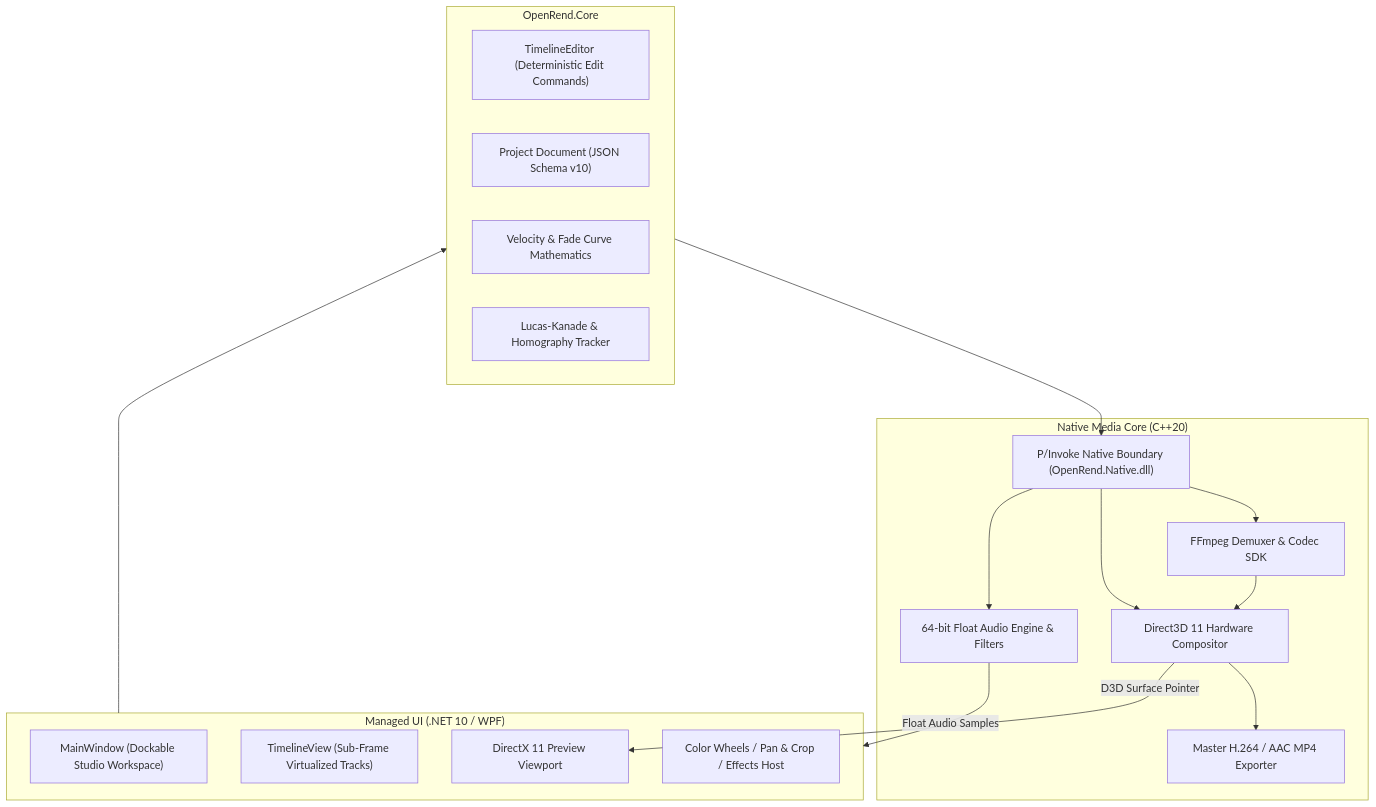
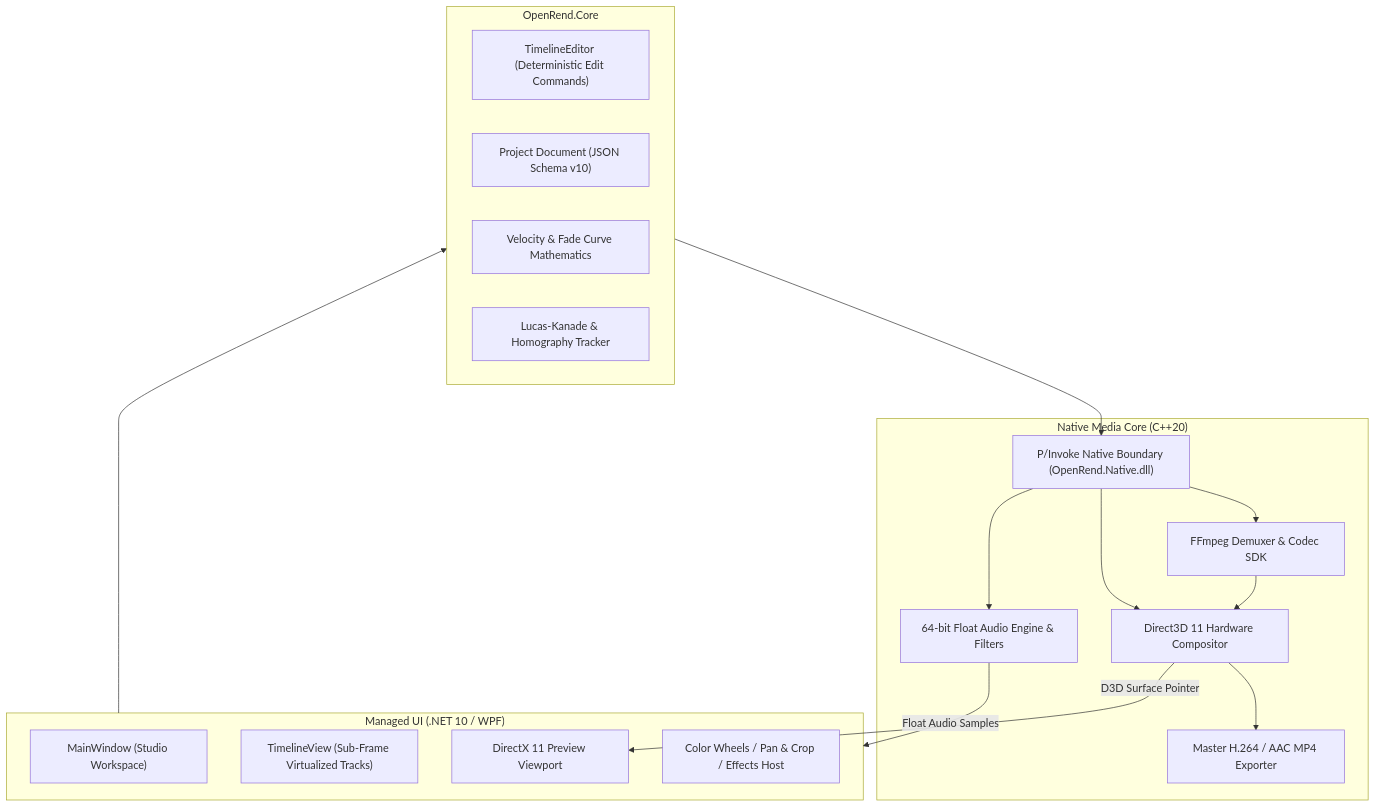
The diagram in README.md (jamiejustcodes/OpenRend), drawn with Mermaid before and after one commit. The commit also changed other lines of this file and 11 other files, not shown here.

````diff
--- a/README.md
+++ b/README.md
@@ -161,34 +160,34 @@
 ```mermaid
 flowchart TD
     subgraph UI ["Managed UI (.NET 10 / WPF)"]
-        MainWindow["MainWindow (Dockable Studio Workspace)"]
+        MainWindow["MainWindow (Studio Workspace)"]
         TimelineView["TimelineView (Sub-Frame Virtualized Tracks)"]
         VideoPreview["DirectX 11 Preview Viewport"]
         Inspector["Color Wheels / Pan & Crop / Effects Host"]
     end
 
     subgraph Core ["OpenRend.Core"]
         TimelineEditor["TimelineEditor (Deterministic Edit Commands)"]
         ProjectDoc["Project Document (JSON Schema v10)"]
         CurveEngine["Velocity & Fade Curve Mathematics"]
         MotionTracker["Lucas-Kanade & Homography Tracker"]
     end
 
     subgraph Native ["Native Media Core (C++20)"]
         InteropBridge["P/Invoke Native Boundary (OpenRend.Native.dll)"]
         FFmpegDecoder["FFmpeg Demuxer & Codec SDK"]
         D3DCompositor["Direct3D 11 Hardware Compositor"]
         AudioDSP["64-bit Float Audio Engine & Filters"]
         Muxer["Master H.264 / AAC MP4 Exporter"]
     end
 
     UI --> Core
     Core --> InteropBridge
     InteropBridge --> FFmpegDecoder
     InteropBridge --> D3DCompositor
     InteropBridge --> AudioDSP
     D3DCompositor -->|D3D Surface Pointer| VideoPreview
     AudioDSP -->|Float Audio Samples| UI
     FFmpegDecoder --> D3DCompositor
     D3DCompositor --> Muxer
 ```
````
